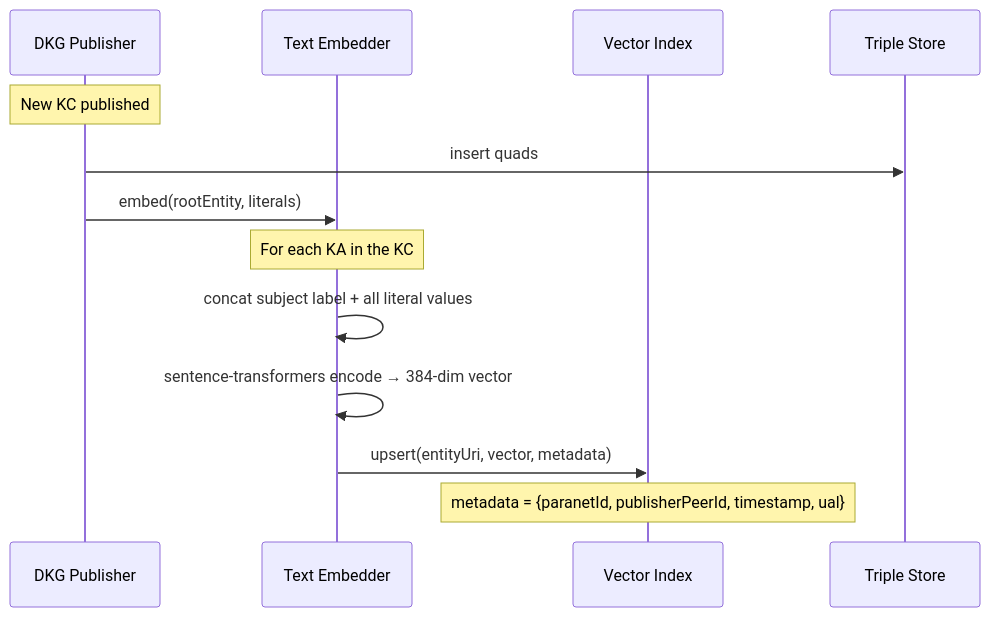
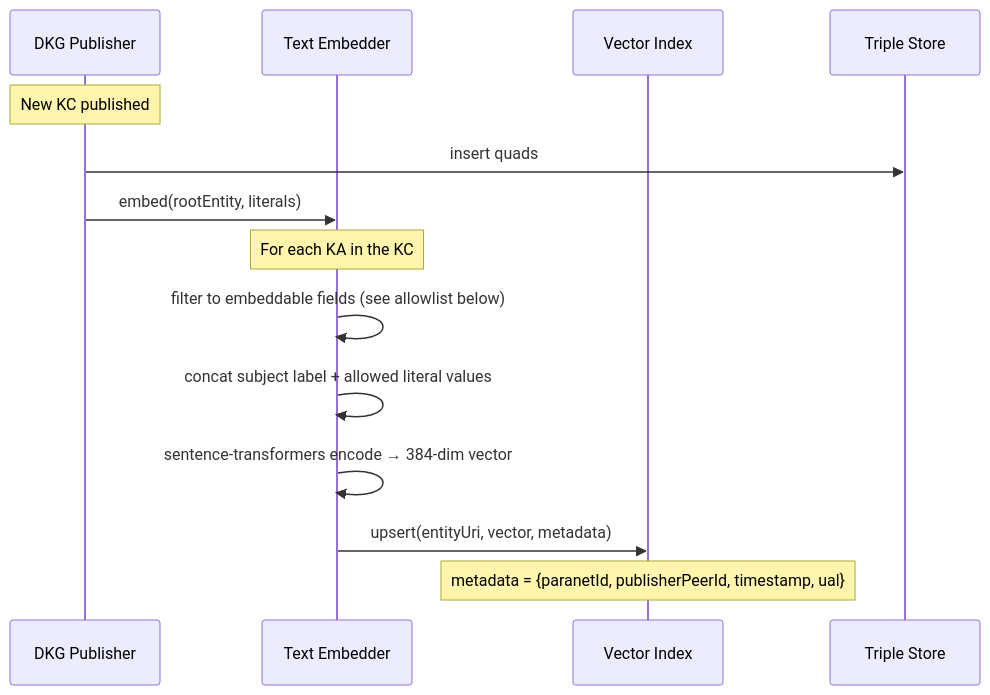
Before and after one commit to OriginTrail/dkg-v9: the fourth of 7 diagrams in docs/plans/PLAN_SEMANTIC_SEARCH_AND_GRAPH_EMBEDDINGS.md, drawn with Mermaid. The commit also changed other lines of this file, not shown here.

First line of the commit message:
docs: address round 2 feedback — field allowlist, authz, lifecycle, scope

````diff
--- a/docs/plans/PLAN_SEMANTIC_SEARCH_AND_GRAPH_EMBEDDINGS.md
+++ b/docs/plans/PLAN_SEMANTIC_SEARCH_AND_GRAPH_EMBEDDINGS.md
@@ -182,18 +182,19 @@
 ```mermaid
 sequenceDiagram
     participant Publisher as DKG Publisher
     participant Embedder as Text Embedder
     participant VecIndex as Vector Index
     participant Store as Triple Store
 
     Note over Publisher: New KC published
     Publisher->>Store: insert quads
     Publisher->>Embedder: embed(rootEntity, literals)
     
     Note over Embedder: For each KA in the KC
-    Embedder->>Embedder: concat subject label + all literal values
+    Embedder->>Embedder: filter to embeddable fields (see allowlist below)
+    Embedder->>Embedder: concat subject label + allowed literal values
     Embedder->>Embedder: sentence-transformers encode → 384-dim vector
     Embedder->>VecIndex: upsert(entityUri, vector, metadata)
     
     Note over VecIndex: metadata = {paranetId, publisherPeerId, timestamp, ual}
 ```
````
